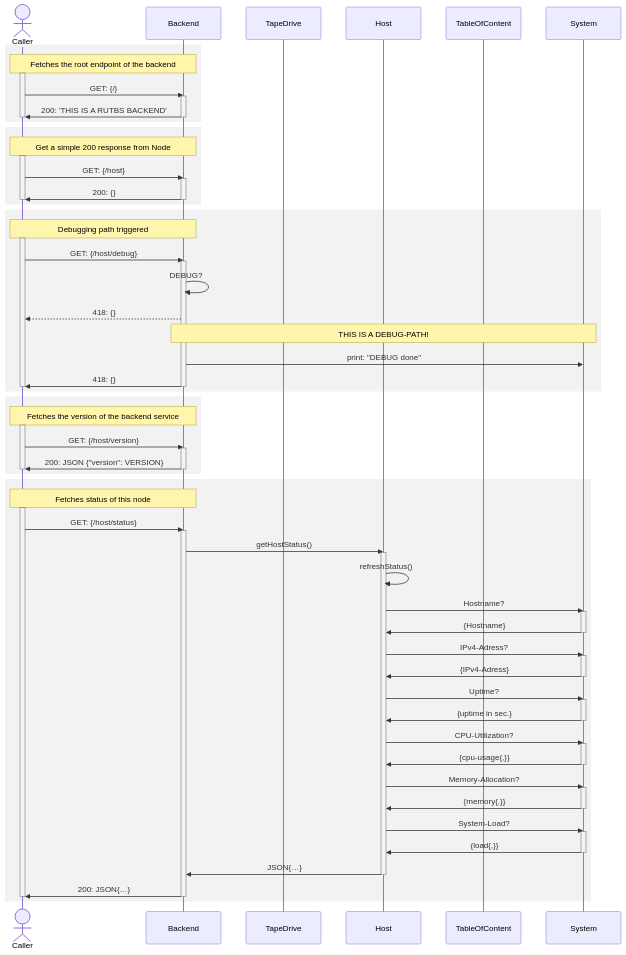
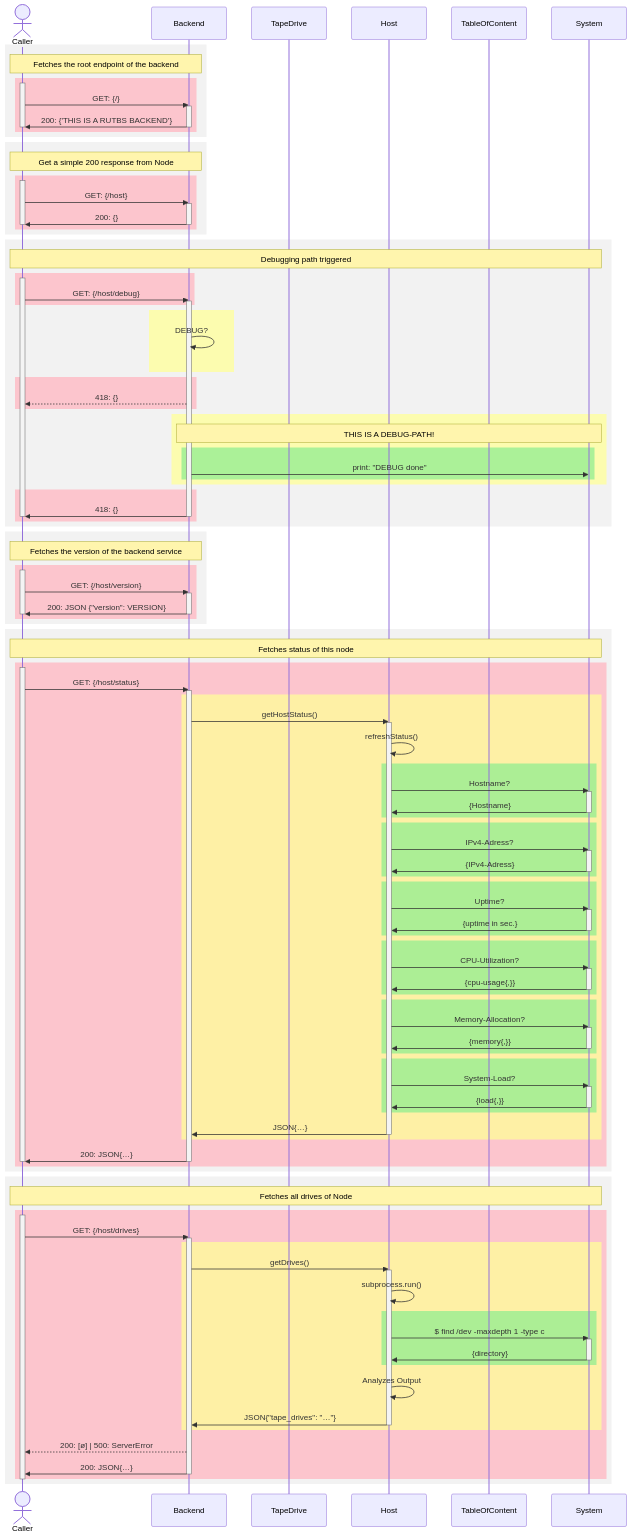
Before and after one commit to RPi2User/rutbs4: the second of 3 diagrams in docs/sequenceDiagrams.md, drawn with Mermaid. The commit also changed 3 other files, not shown here.

````diff
--- a/docs/sequenceDiagrams.md
+++ b/docs/sequenceDiagrams.md
@@ -22,104 +22,159 @@
 rect rgba(128,128,128,0.1)
 note over Caller,Backend: Fetches the root endpoint of the backend
 
-activate Caller
-    Caller ->> Backend: GET: {/}
-    activate Backend
-        Backend ->> Caller: 200: 'THIS IS A RUTBS BACKEND'
-    deactivate Backend
-deactivate Caller
+    rect rgba(255, 182, 193, 0.75)
+    activate Caller
+        Caller ->> Backend: GET: {/}
+        activate Backend
+            Backend ->> Caller: 200: {'THIS IS A RUTBS BACKEND'}
+        deactivate Backend
+    deactivate Caller
+    end
 
 end
 
 rect rgba(128,128,128,0.1)
 note over Caller,Backend: Get a simple 200 response from Node
 
-activate Caller
-    Caller ->> Backend: GET: {/host}
-    activate Backend
-        Backend ->> Caller: 200: {}
-    deactivate Backend
-deactivate Caller
+    rect rgba(255, 182, 193, 0.75)
+    activate Caller
+        Caller ->> Backend: GET: {/host}
+        activate Backend
+            Backend ->> Caller: 200: {}
+        deactivate Backend
+    deactivate Caller
+    end
 
 end
 
 rect rgba(128,128,128,0.1)
-note over Caller,Backend: Debugging path triggered
-
-activate Caller
-    Caller ->> Backend: GET: {/host/debug}
-    activate Backend
-    Backend ->> Backend: DEBUG?
-    Backend -->> Caller: 418: {}
-    note over Backend, System: THIS IS A DEBUG-PATH!
-    Backend ->> System: print: "DEBUG done"
-    Backend ->> Caller: 418: {}
-    deactivate Backend
-deactivate Caller
-
+note over Caller,System: Debugging path triggered
+    rect rgba(255, 182, 193, 0.75)
+    activate Caller
+        Caller ->> Backend: GET: {/host/debug}
+        activate Backend
+    end
+        rect rgba(255, 255, 153, 0.75)
+        Backend ->> Backend: DEBUG?
+        end
+    rect rgba(255, 182, 193, 0.75)
+        Backend -->> Caller: 418: {}
+    end
+    rect rgba(255, 255, 153, 0.75)
+        note over Backend, System: THIS IS A DEBUG-PATH!
+        rect rgba(144, 238, 144, 0.75)
+        Backend ->> System: print: "DEBUG done"
+        end
+    end
+    rect rgba(255, 182, 193, 0.75)
+        Backend ->> Caller: 418: {}
+        deactivate Backend
+        
+    deactivate Caller
+    end
 end
 
 rect rgba(128,128,128,0.1)
 note over Caller,Backend: Fetches the version of the backend service
-
-activate Caller
-    Caller ->> Backend: GET: {/host/version}
-    activate Backend
-        Backend ->> Caller: 200: JSON {"version": VERSION}
-    deactivate Backend
-deactivate Caller
-
+    rect rgba(255, 182, 193, 0.75)
+    activate Caller
+        Caller ->> Backend: GET: {/host/version}
+        activate Backend
+            Backend ->> Caller: 200: JSON {"version": VERSION}
+        deactivate Backend
+    deactivate Caller
+    end
 end
 
 rect rgba(128,128,128,0.1)
-note over Caller,Backend: Fetches status of this node
+note over Caller,System: Fetches status of this node
 
+
+rect rgba(255, 182, 193, 0.75)
 activate Caller
     Caller ->> Backend: GET: {/host/status}
     activate Backend
+
+    rect rgba(255, 255, 153, 0.75)
         Backend ->> Host: getHostStatus()
         activate Host
             Host ->> Host: refreshStatus()
-
+    
+    rect rgba(144, 238, 144, 0.75)
             Host ->> System: Hostname?
             activate System
                 System ->> Host: {Hostname}
-
             deactivate System
+    end
+    rect rgba(144, 238, 144, 0.75)
                 Host ->> System: IPv4-Adress?
             activate System
                 System ->> Host: {IPv4-Adress}
             deactivate System
-            
+    end
+    rect rgba(144, 238, 144, 0.75)
                 Host ->> System: Uptime?
             activate System
                 System ->> Host: {uptime in sec.}
             deactivate System
-            
+    end
+    rect rgba(144, 238, 144, 0.75)
                 Host ->> System: CPU-Utilization?
             activate System
                 System ->> Host: {cpu-usage{,}}
             deactivate System
-
+    end
+    rect rgba(144, 238, 144, 0.75)
                 Host ->> System: Memory-Allocation?
             activate System
                 System ->> Host: {memory{,}}
-
             deactivate System
+    end
+    rect rgba(144, 238, 144, 0.75)
                 Host ->> System: System-Load?
             activate System
                 System ->> Host: {load{,}}                
             deactivate System
-            
+    end
             Host ->> Backend: JSON{…} 
         deactivate Host
+    end
         Backend ->> Caller: 200: JSON{…}
     deactivate Backend
+deactivate Caller
+end
+end
+
+rect rgba(128,128,128,0.1)
+note over Caller,System: Fetches all drives of Node
+
+    rect rgba(255, 182, 193, 0.75)
+    activate Caller
+        Caller ->> Backend: GET: {/host/drives}
+        
+        activate Backend
+        rect rgba(255, 255, 153, 0.75)
+            Backend ->> Host: getDrives()
+            activate Host
+            Host ->> Host: subprocess.run()
+                rect rgba(144, 238, 144, 0.75)
+                Host ->> System: $ find /dev -maxdepth 1 -type c
+                activate System
+                    System ->> Host: {directory}
+                deactivate System
+                end
+            Host ->> Host: Analyzes Output
+            Host ->> Backend: JSON{"tape_drives": "…"}
+            deactivate Host
+        end
+        Backend -->> Caller: 200: [ø] | 500: ServerError
+        Backend ->> Caller: 200: JSON{…}
+        deactivate Backend
+        
+    end
 deactivate Caller
 
 end
 
 
-
-
 ```
````
